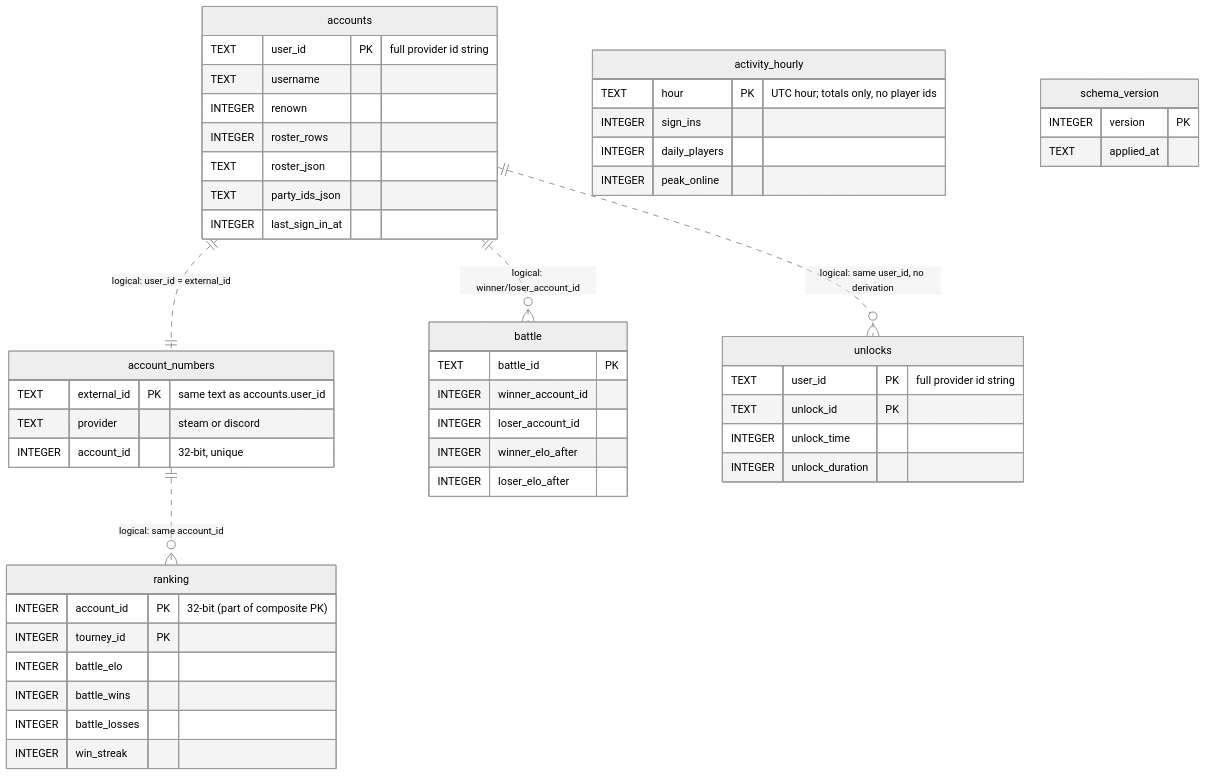
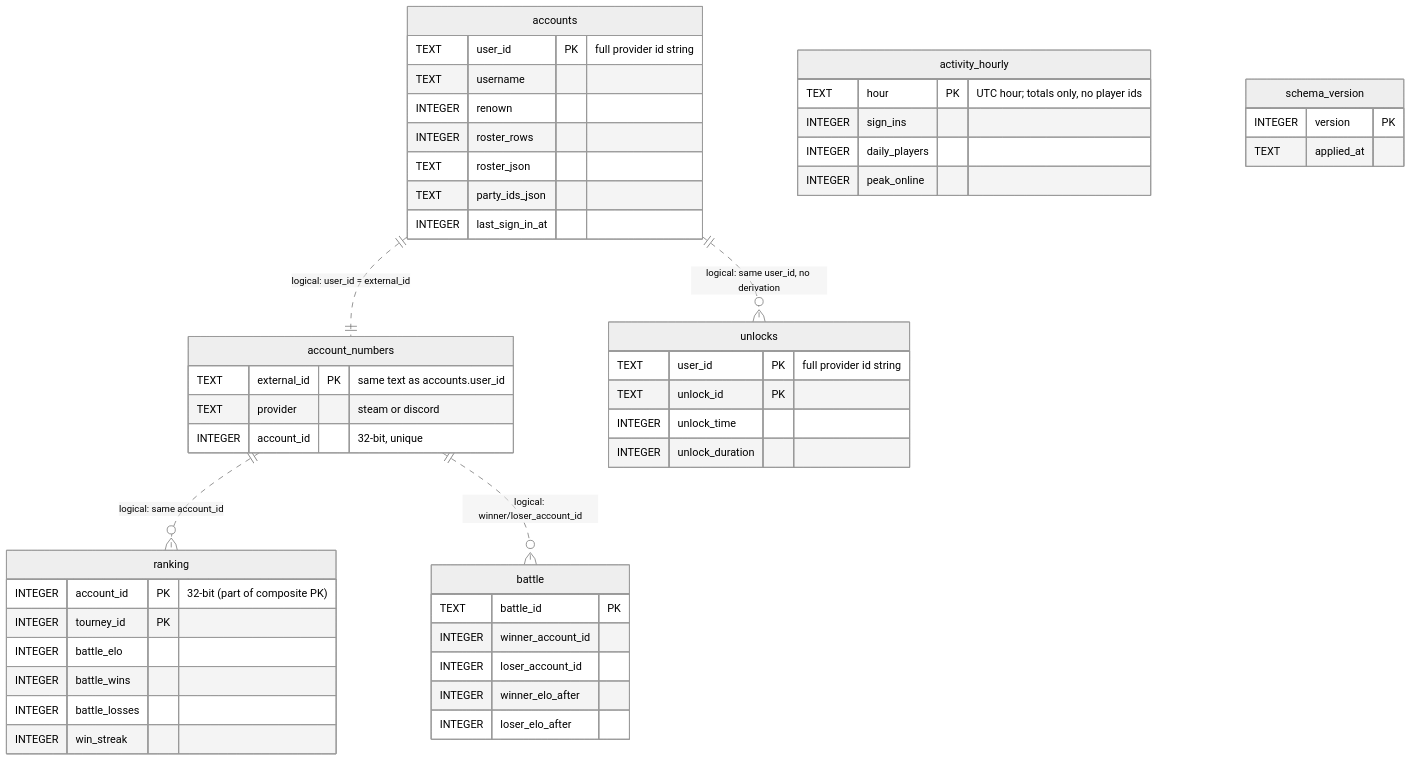
Before and after one commit to Banner-Saga-Factions/BSF-Custom-Server: the diagram in bsf-server/docs/database-schema.md, drawn with Mermaid (neutral theme). The commit also changed other lines of this file and 15 other files, not shown here.

````diff
--- a/bsf-server/docs/database-schema.md
+++ b/bsf-server/docs/database-schema.md
@@ -11,52 +11,52 @@
 ```mermaid
 erDiagram
     accounts {
         TEXT    user_id PK "full provider id string"
         TEXT    username
         INTEGER renown
         INTEGER roster_rows
         TEXT    roster_json
         TEXT    party_ids_json
         INTEGER last_sign_in_at
     }
     account_numbers {
         TEXT    external_id PK "same text as accounts.user_id"
         TEXT    provider "steam or discord"
         INTEGER account_id "32-bit, unique"
     }
     ranking {
         INTEGER account_id PK "32-bit (part of composite PK)"
         INTEGER tourney_id PK
         INTEGER battle_elo
         INTEGER battle_wins
         INTEGER battle_losses
         INTEGER win_streak
     }
     battle {
         TEXT    battle_id PK
         INTEGER winner_account_id
         INTEGER loser_account_id
         INTEGER winner_elo_after
         INTEGER loser_elo_after
     }
     unlocks {
         TEXT    user_id PK "full provider id string"
         TEXT    unlock_id PK
         INTEGER unlock_time
         INTEGER unlock_duration
     }
     activity_hourly {
         TEXT    hour PK "UTC hour; totals only, no player ids"
         INTEGER sign_ins
         INTEGER daily_players
         INTEGER peak_online
     }
     schema_version {
         INTEGER version PK
         TEXT    applied_at
     }
     accounts ||..|| account_numbers : "logical: user_id = external_id"
     account_numbers ||..o{ ranking : "logical: same account_id"
-    accounts ||..o{ battle  : "logical: winner/loser_account_id"
+    account_numbers ||..o{ battle  : "logical: winner/loser_account_id"
     accounts ||..o{ unlocks : "logical: same user_id, no derivation"
 ```
````
